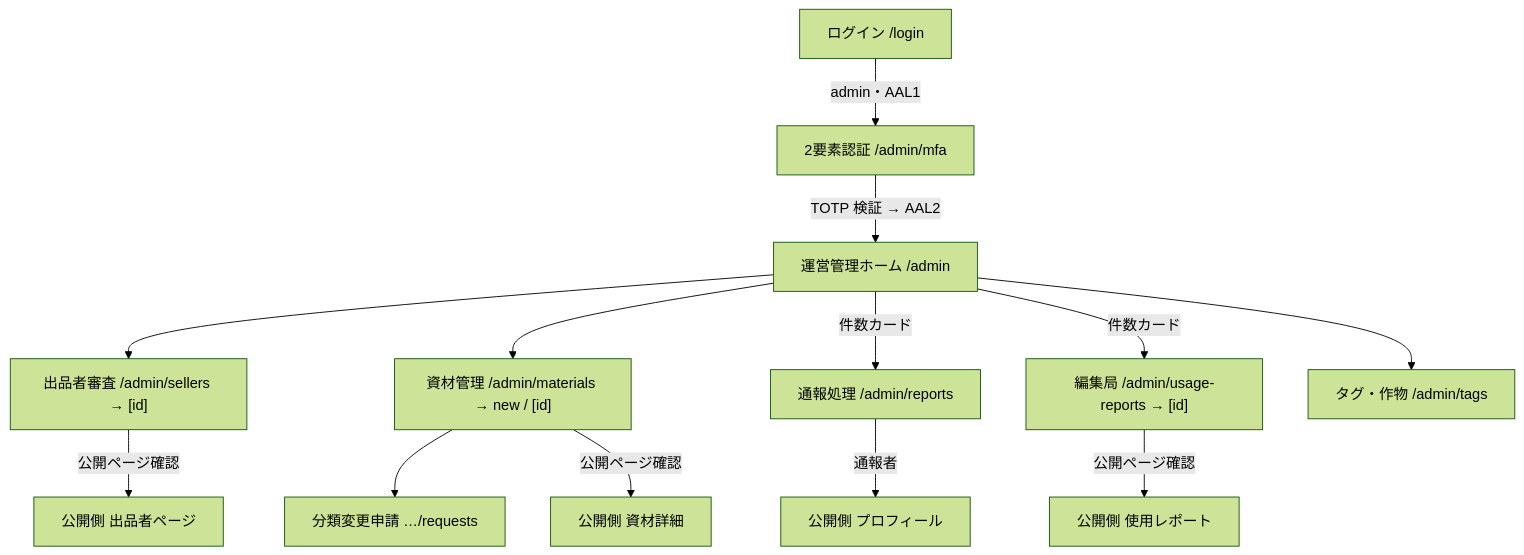
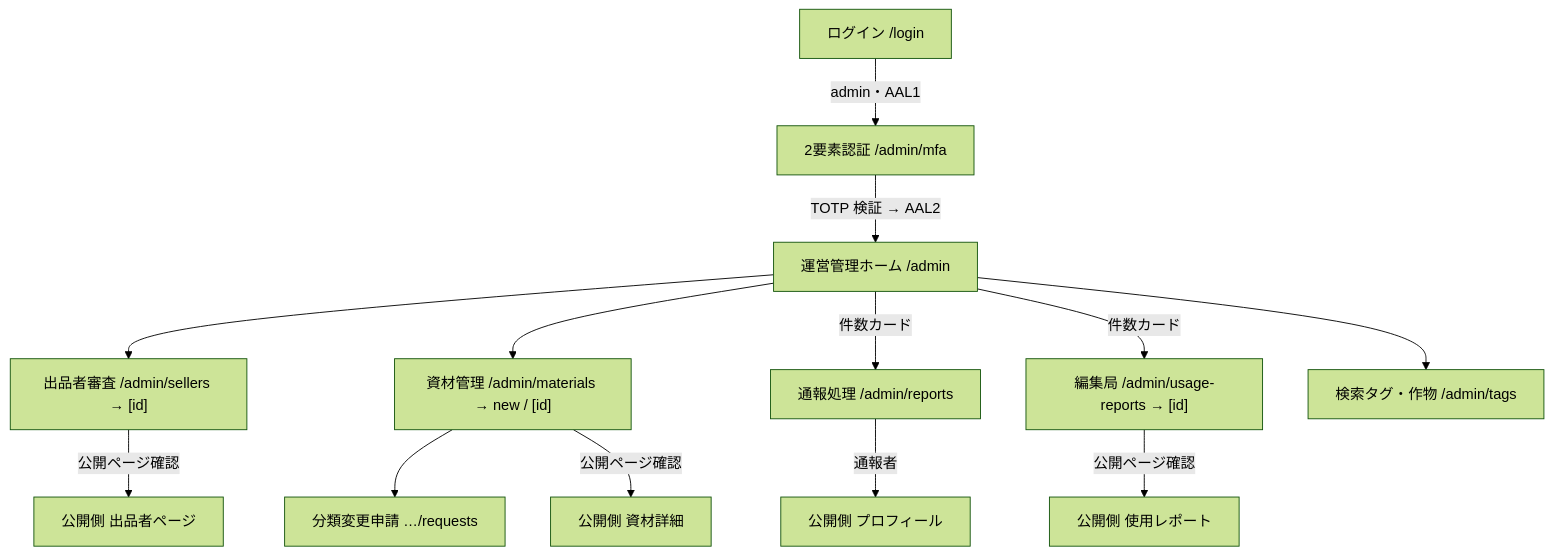
One commit to farmille/farmille changed diagram 14 of 14 in docs/rebuild/06-diagrams.md. Above: the diagram before and after it, drawn with Mermaid (forest theme). The commit also changed other lines of this file and 81 other files, not shown here.

````diff
--- a/docs/rebuild/06-diagrams.md
+++ b/docs/rebuild/06-diagrams.md
@@ -631,22 +723,22 @@
 ```mermaid
 flowchart TD
     LOGIN["ログイン /login"]
     MFA["2要素認証 /admin/mfa"]
     ADMIN["運営管理ホーム /admin"]
     ASEL["出品者審査 /admin/sellers → [id]"]
     AMAT["資材管理 /admin/materials → new / [id]"]
     AREQ["分類変更申請 …/requests"]
     AREP["通報処理 /admin/reports"]
     AUR["編集局 /admin/usage-reports → [id]"]
-    ATAG["タグ・作物 /admin/tags"]
+    ATAG["検索タグ・作物 /admin/tags"]
 
     LOGIN -->|"admin・AAL1"| MFA
     MFA -->|"TOTP 検証 → AAL2"| ADMIN
     ADMIN --> ASEL & AMAT & ATAG
     ADMIN -->|"件数カード"| AREP & AUR
     AMAT --> AREQ
     ASEL -->|"公開ページ確認"| PSELLER["公開側 出品者ページ"]
     AMAT -->|"公開ページ確認"| PMAT["公開側 資材詳細"]
     AUR -->|"公開ページ確認"| PREP["公開側 使用レポート"]
     AREP -->|"通報者"| PUSER["公開側 プロフィール"]
 ```
````
